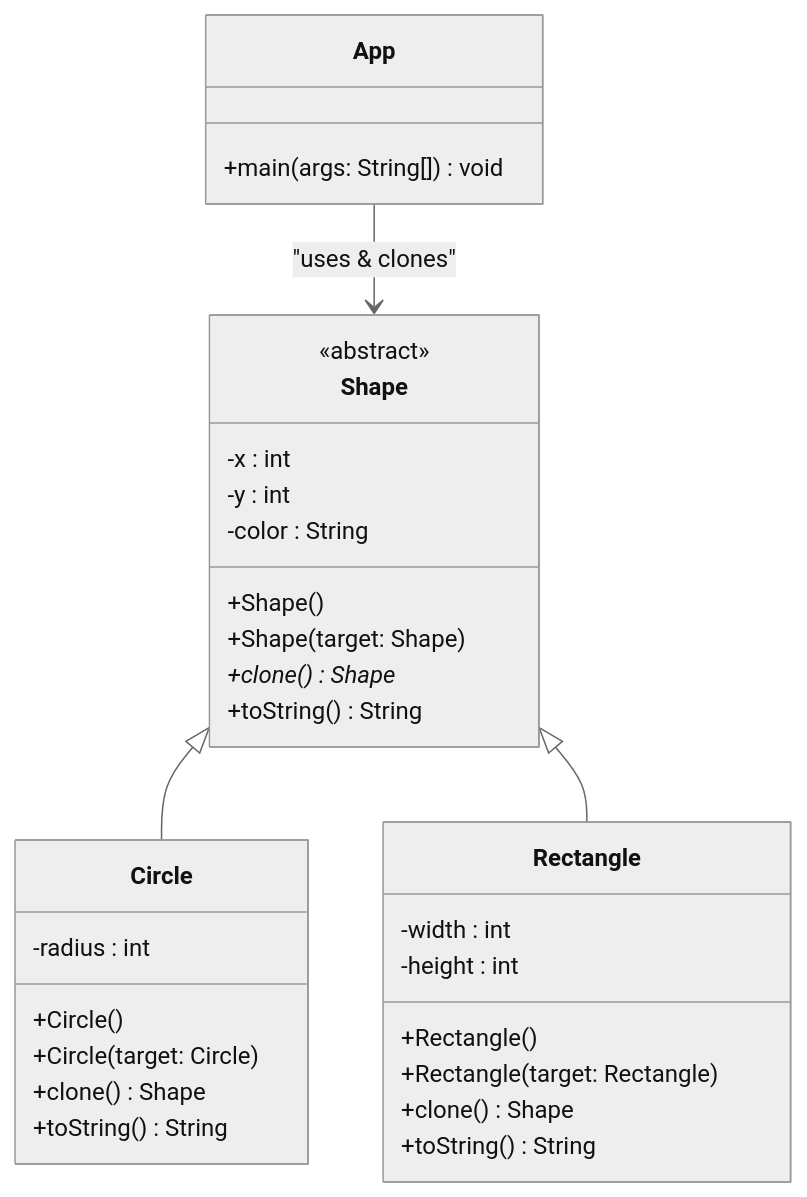
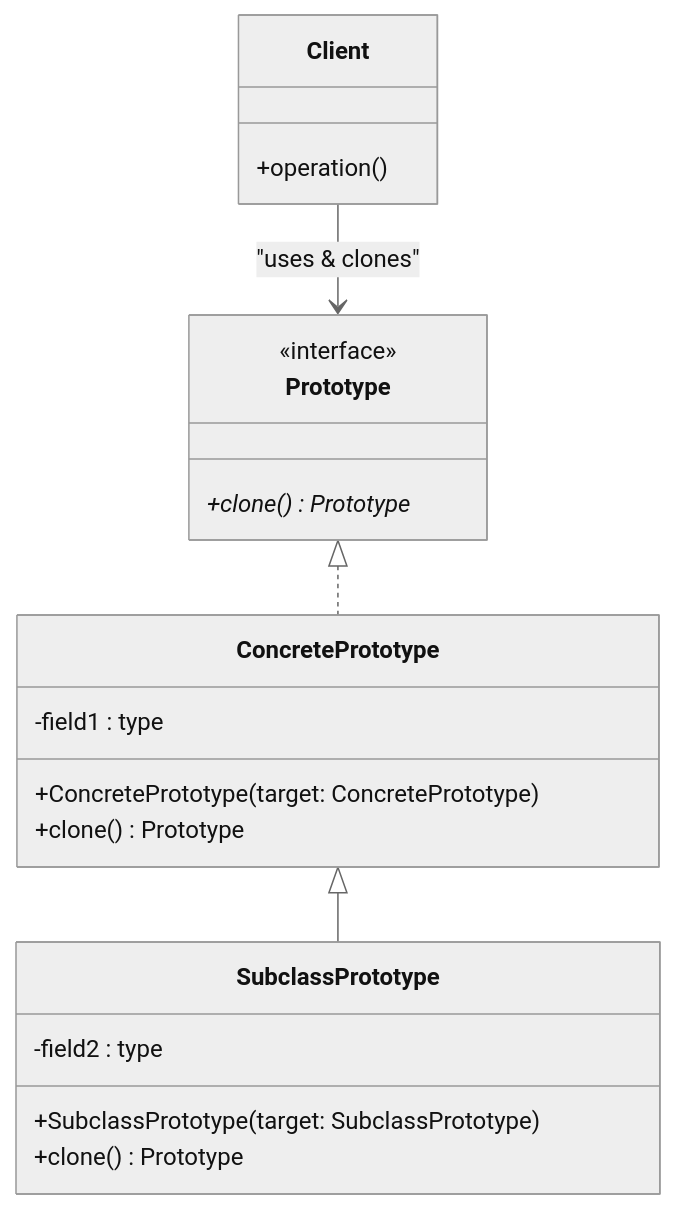
Before and after one commit to TureCatedu/DesignPattern: the diagram in Creazionali/Prototype/README.md, drawn with Mermaid (neutral theme). The commit also changed other lines of this file and 7 other files, not shown here.

````diff
--- a/Creazionali/Prototype/README.md
+++ b/Creazionali/Prototype/README.md
@@ -15,38 +10,27 @@
 ```mermaid
 classDiagram
-    class Shape {
-        <<abstract>>
-        -x : int
-        -y : int
-        -color : String
-        +Shape()
-        +Shape(target: Shape)
-        +clone()* Shape
-        +toString() String
+    class Prototype {
+        <<interface>>
+        +clone()* Prototype
     }
 
-    class Circle {
-        -radius : int
-        +Circle()
-        +Circle(target: Circle)
-        +clone() Shape
-        +toString() String
+    class ConcretePrototype {
+        -field1 : type
+        +ConcretePrototype(target: ConcretePrototype)
+        +clone() Prototype
+    }
+    
+    class SubclassPrototype {
+        -field2 : type
+        +SubclassPrototype(target: SubclassPrototype)
+        +clone() Prototype
     }
 
-    class Rectangle {
-        -width : int
-        -height : int
-        +Rectangle()
-        +Rectangle(target: Rectangle)
-        +clone() Shape
-        +toString() String
+    class Client {
+        +operation()
     }
 
-    class App {
-        +main(args: String[]) void
-    }
-
-    Shape <|-- Circle
-    Shape <|-- Rectangle
-    App --> Shape : "uses & clones"
+    Prototype <|.. ConcretePrototype
+    ConcretePrototype <|-- SubclassPrototype
+    Client --> Prototype : "uses & clones"
 ```
````
